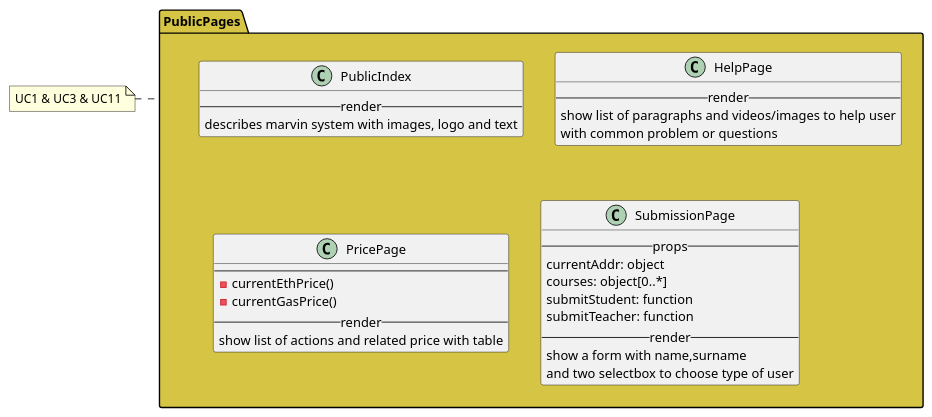
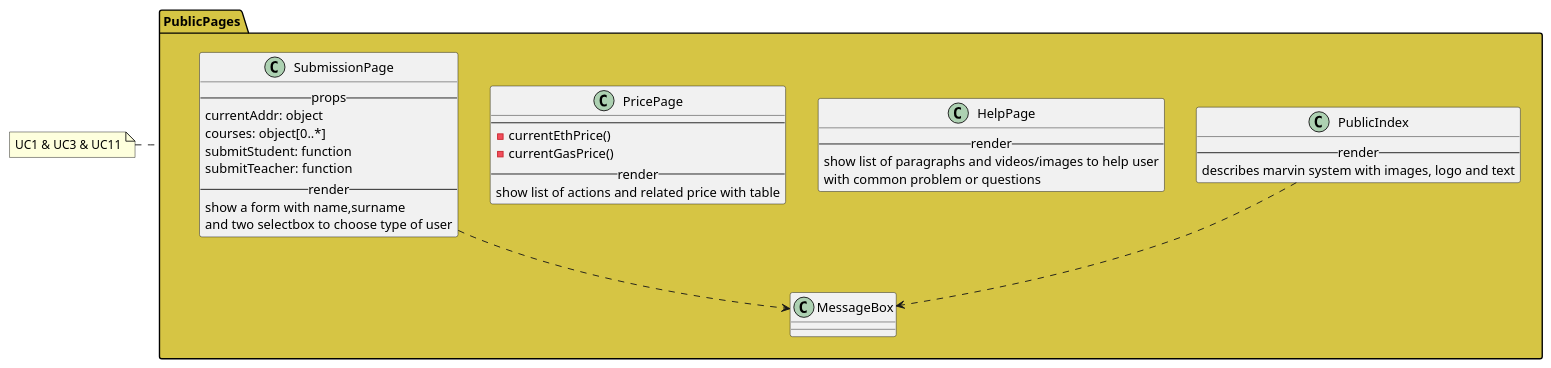
The diagram in react/public/index.iuml (M9k/Marvin-Uml), drawn with PlantUML before and after one commit. The commit also changed 7 other files, not shown here.

```diff
--- a/react/public/index.iuml
+++ b/react/public/index.iuml
@@ -1,35 +1,37 @@
 package PublicPages #D6C544 {
 
   class PublicIndex {
     --render--
     describes marvin system with images, logo and text
   }
 
   class HelpPage {
     --render--
     show list of paragraphs and videos/images to help user
     with common problem or questions
   }
 
   class PricePage {
     ----
     - currentEthPrice()
     - currentGasPrice()
     --render--
     show list of actions and related price with table
   }
 
   class SubmissionPage {
     --props--
     currentAddr: object
     courses: object[0..*]
     submitStudent: function
     submitTeacher: function
     --render--
     show a form with name,surname
     and two selectbox to choose type of user
   }
 
+	PublicIndex ..> MessageBox
+	SubmissionPage ..> MessageBox
 }
 
 note left of PublicPages: UC1 & UC3 & UC11
```
